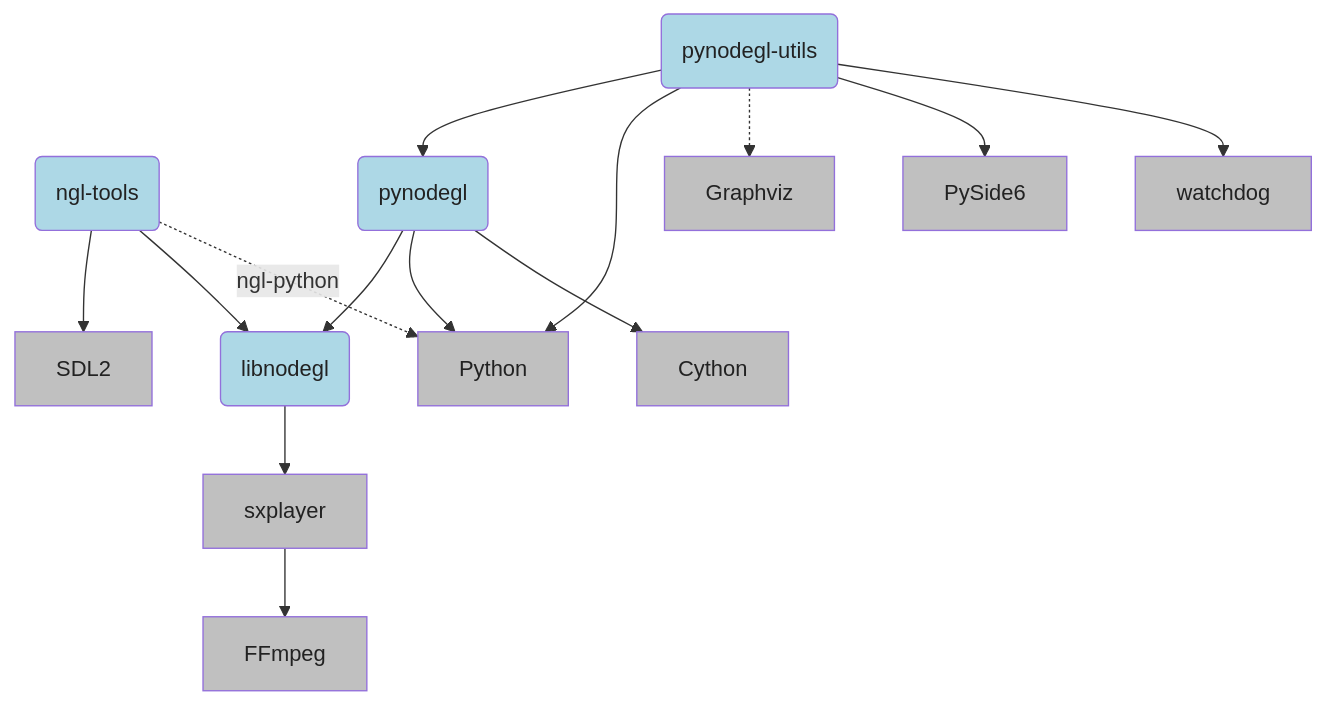
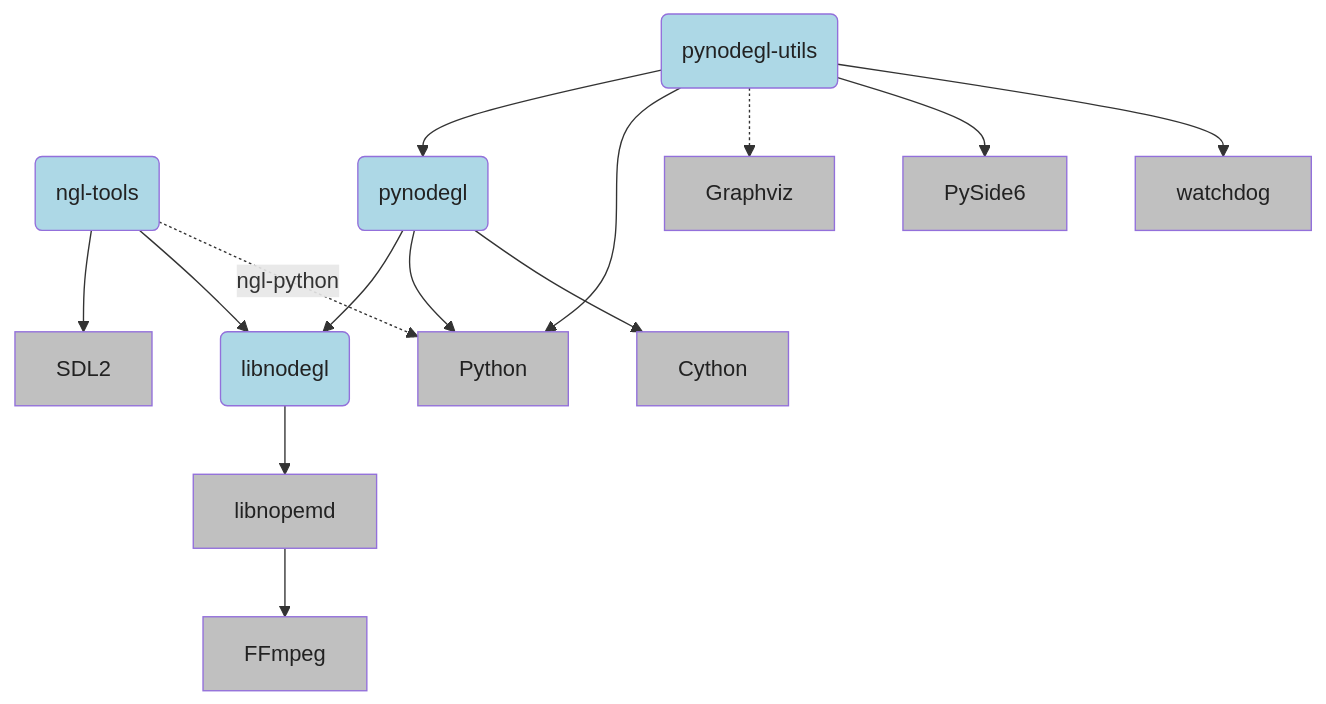
Before and after one commit to NopeForge/nope.gl: the diagram in doc/dev/ref/architecture.md, drawn with Mermaid. The commit also changed other lines of this file and 29 other files, not shown here.

````diff
--- a/doc/dev/ref/architecture.md
+++ b/doc/dev/ref/architecture.md
@@ -28,35 +28,35 @@
 ```mermaid
 graph
     libnodegl(libnodegl)
     ngl_tools(ngl-tools)
     pynodegl(pynodegl)
     pynodegl_utils(pynodegl-utils)
 
     cython[Cython]
     ffmpeg[FFmpeg]
     graphviz[Graphviz]
     pyside6[PySide6]
     python[Python]
     sdl2[SDL2]
-    sxplayer[sxplayer]
+    libnopemd[libnopemd]
     watchdog[watchdog]
 
-    sxplayer --> ffmpeg
-    libnodegl --> sxplayer
+    libnopemd --> ffmpeg
+    libnodegl --> libnopemd
     ngl_tools --> sdl2
     ngl_tools --> libnodegl
     ngl_tools -. ngl-python .-> python
     pynodegl --> libnodegl
     pynodegl --> python
     pynodegl --> cython
     pynodegl_utils --> pynodegl
     pynodegl_utils --> python
     pynodegl_utils -.-> graphviz
     pynodegl_utils --> pyside6
     pynodegl_utils --> watchdog
 
     classDef ngldep fill:#add8e6,color:#222
     classDef extdep fill:#c0c0c0,color:#222
     class libnodegl,ngl_tools,pynodegl,pynodegl_utils ngldep
-    class sxplayer,ffmpeg,sdl2,python,cython,graphviz,pyside6,watchdog extdep
+    class libnopemd,ffmpeg,sdl2,python,cython,graphviz,pyside6,watchdog extdep
 ```
````
